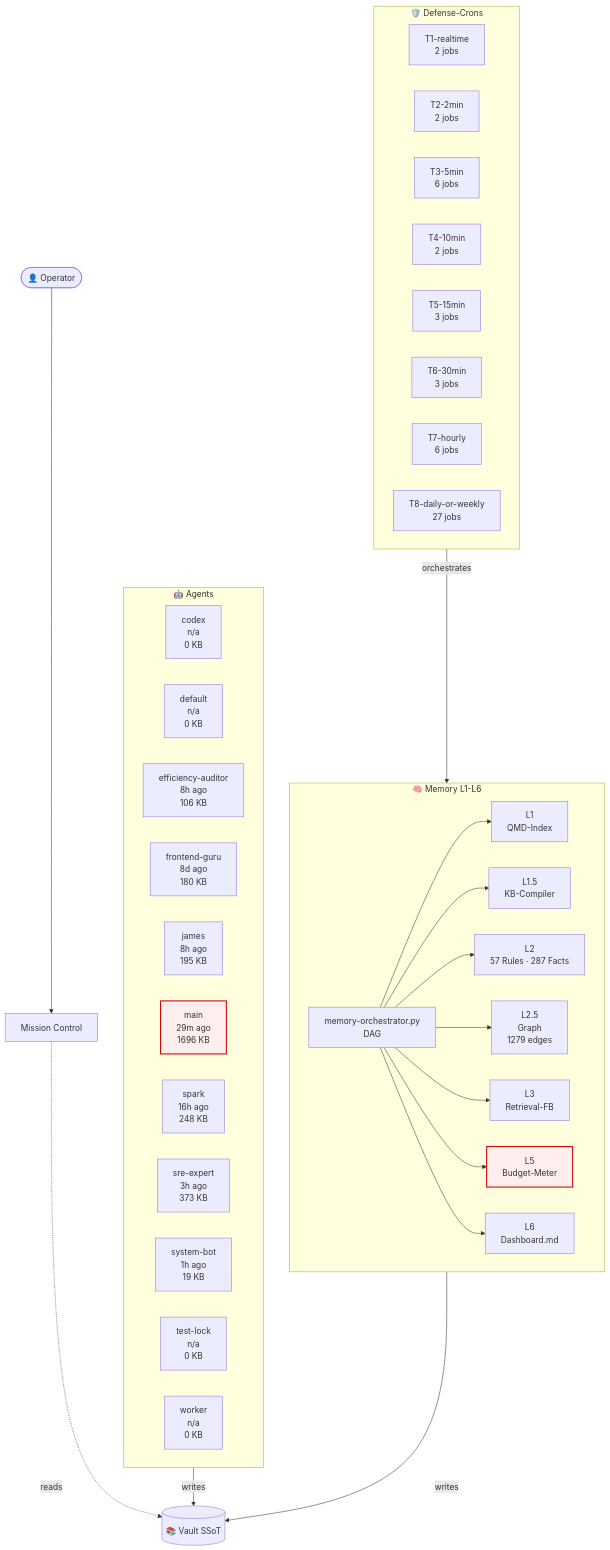
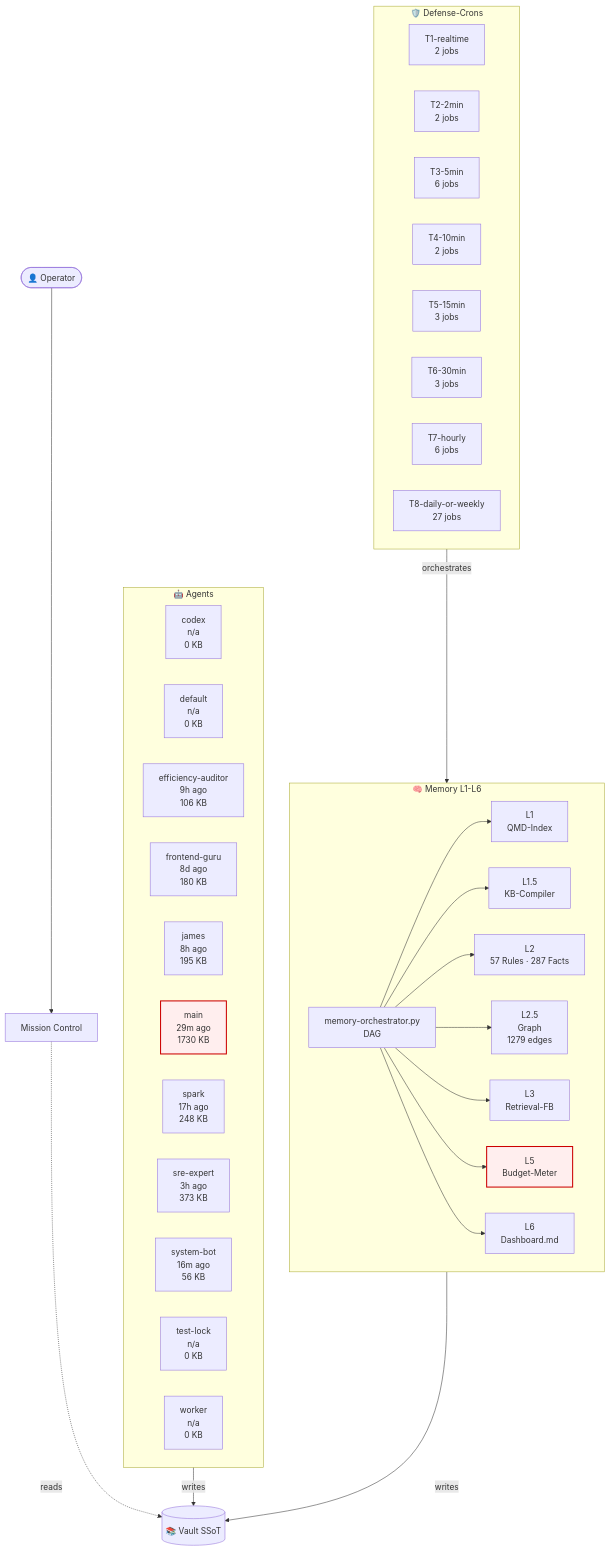
The diagram in 03-Agents/architecture-live.md (lenardhuebner88-rgb/openclaw-memory), drawn with Mermaid before and after one commit. The commit also changed other lines of this file and 13 other files, not shown here.

````diff
--- a/03-Agents/architecture-live.md
+++ b/03-Agents/architecture-live.md
@@ -18,54 +18,54 @@
 ```mermaid
 flowchart TB
     classDef critical fill:#fee,stroke:#c00,stroke-width:2px;
     subgraph AGT["🤖 Agents"]
         agent_codex["codex<br/>n/a<br/>0 KB"]
         agent_default["default<br/>n/a<br/>0 KB"]
-        agent_efficiency_auditor["efficiency-auditor<br/>8h ago<br/>106 KB"]
+        agent_efficiency_auditor["efficiency-auditor<br/>9h ago<br/>106 KB"]
         agent_frontend_guru["frontend-guru<br/>8d ago<br/>180 KB"]
         agent_james["james<br/>8h ago<br/>195 KB"]
-        agent_main["main<br/>29m ago<br/>1696 KB"]
-        agent_spark["spark<br/>16h ago<br/>248 KB"]
+        agent_main["main<br/>29m ago<br/>1730 KB"]
+        agent_spark["spark<br/>17h ago<br/>248 KB"]
         agent_sre_expert["sre-expert<br/>3h ago<br/>373 KB"]
-        agent_system_bot["system-bot<br/>1h ago<br/>19 KB"]
+        agent_system_bot["system-bot<br/>16m ago<br/>56 KB"]
         agent_test_lock["test-lock<br/>n/a<br/>0 KB"]
         agent_worker["worker<br/>n/a<br/>0 KB"]
     end
     subgraph MEM["🧠 Memory L1-L6"]
         L1["L1<br/>QMD-Index"]
         L15["L1.5<br/>KB-Compiler"]
         L2["L2<br/>57 Rules · 287 Facts"]
         L25["L2.5<br/>Graph<br/>1279 edges"]
         L3["L3<br/>Retrieval-FB"]
         L5["L5<br/>Budget-Meter"]
         L6["L6<br/>Dashboard.md"]
         ORCH["memory-orchestrator.py<br/>DAG"]
     end
     subgraph CRN["🛡️ Defense-Crons"]
         tier_T1_realtime["T1-realtime<br/>2 jobs"]
         tier_T2_2min["T2-2min<br/>2 jobs"]
         tier_T3_5min["T3-5min<br/>6 jobs"]
         tier_T4_10min["T4-10min<br/>2 jobs"]
         tier_T5_15min["T5-15min<br/>3 jobs"]
         tier_T6_30min["T6-30min<br/>3 jobs"]
         tier_T7_hourly["T7-hourly<br/>6 jobs"]
         tier_T8_daily_or_weekly["T8-daily-or-weekly<br/>27 jobs"]
     end
     VAULT[("📚 Vault SSoT")]
     OP([👤 Operator])
     MC["Mission Control"]
     OP --> MC
     MC -.reads.-> VAULT
     AGT -->|writes| VAULT
     MEM -->|writes| VAULT
     ORCH --> L1
     ORCH --> L15
     ORCH --> L2
     ORCH --> L25
     ORCH --> L3
     ORCH --> L5
     ORCH --> L6
     CRN -->|orchestrates| MEM
     class L5 critical
     class agent_main critical
 ```
````
